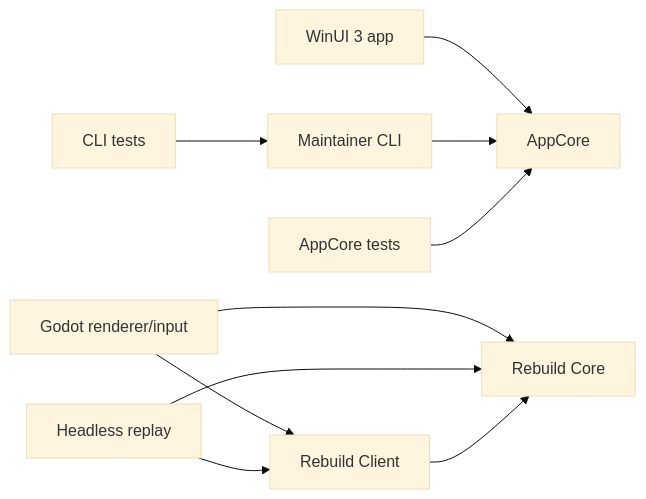
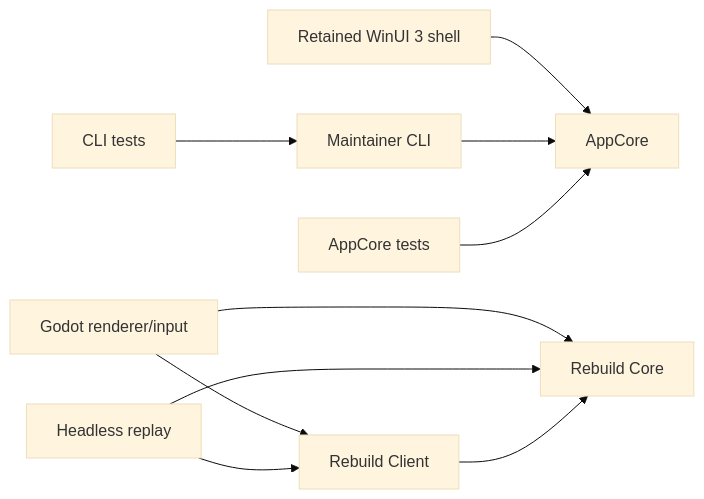
Before and after one commit to dlprentice/Onslaught-Career-Editor: the diagram in PROJECT-INDEX.md, drawn with Mermaid (base theme). The commit also changed other lines of this file and 13 other files, not shown here.

````diff
--- a/PROJECT-INDEX.md
+++ b/PROJECT-INDEX.md
@@ -21,12 +21,12 @@
 ```mermaid
 flowchart LR
-    W["WinUI 3 app"] --> A["AppCore"]
+    W["Retained WinUI 3 shell"] --> A["AppCore"]
     C["Maintainer CLI"] --> A
     AT["AppCore tests"] --> A
     CT["CLI tests"] --> C
     G["Godot renderer/input"] --> RC["Rebuild Client"]
     G --> RCore["Rebuild Core"]
     H["Headless replay"] --> RC
     H --> RCore
     RC --> RCore
 ```
````
